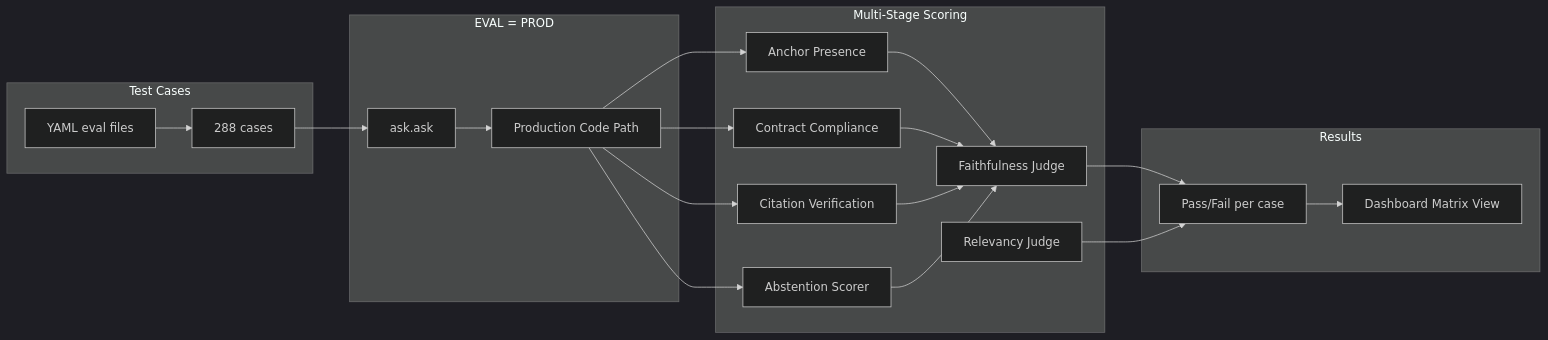
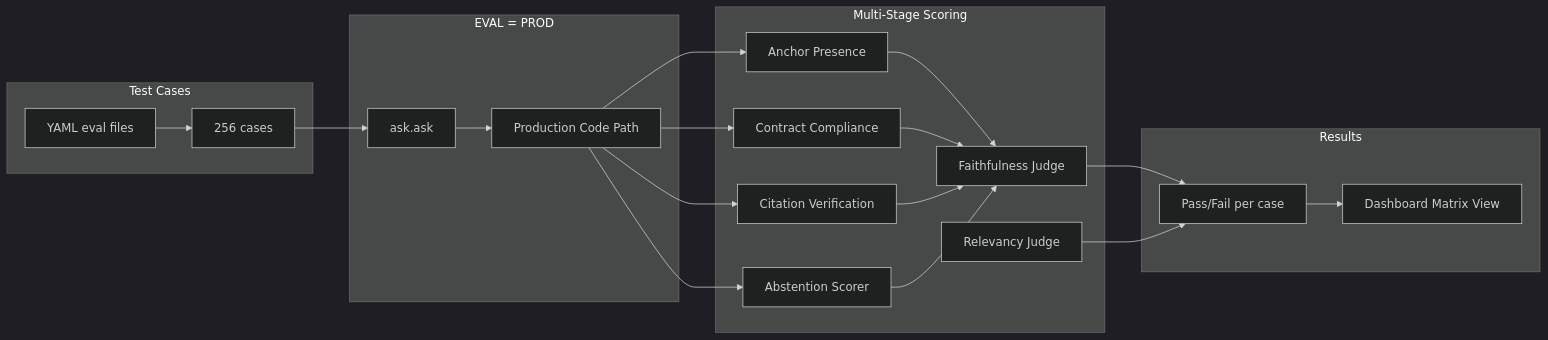
One commit to tomashermansen-lang/eulex-rag changed the third of 6 diagrams in README.md. Above: the diagram before and after it, drawn with Mermaid (dark theme). The commit also changed other lines of this file, not shown here.

First line of the commit message:
docs: single source of truth for eval counts (256 golden cases)

````diff
--- a/README.md
+++ b/README.md
@@ -231,37 +231,37 @@
 ```mermaid
 flowchart LR
   subgraph Golden["Test Cases"]
-    YAML[YAML eval files] --> CASES[288 cases]
+    YAML[YAML eval files] --> CASES[256 cases]
   end
 
   subgraph Pipeline["EVAL = PROD"]
     ASK[ask.ask] --> PROD[Production Code Path]
   end
 
   subgraph Scorers["Multi-Stage Scoring"]
     S1[Anchor Presence]
     S2[Contract Compliance]
     S3[Citation Verification]
     S4[Abstention Scorer]
     FAITH[Faithfulness Judge]
     REL[Relevancy Judge]
   end
 
   subgraph Output["Results"]
     REPORT[Pass/Fail per case]
     MATRIX[Dashboard Matrix View]
   end
 
   CASES --> ASK
   PROD --> S1
   PROD --> S2
   PROD --> S3
   PROD --> S4
   S1 --> FAITH
   S2 --> FAITH
   S3 --> FAITH
   S4 --> FAITH
   FAITH --> REPORT
   REL --> REPORT
   REPORT --> MATRIX
 ```
````
